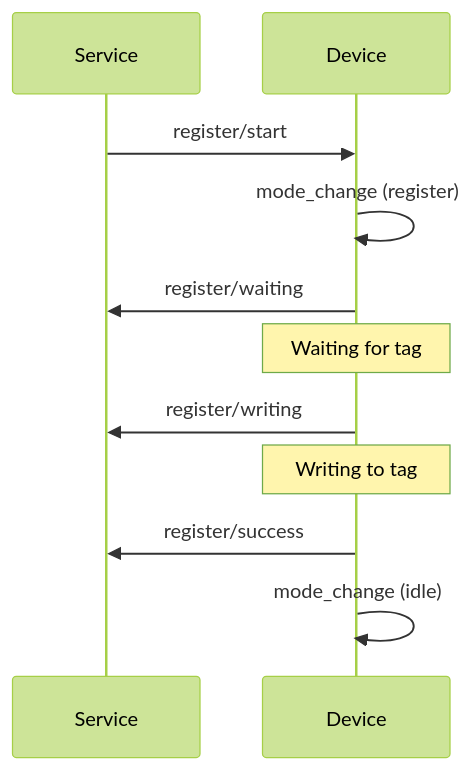
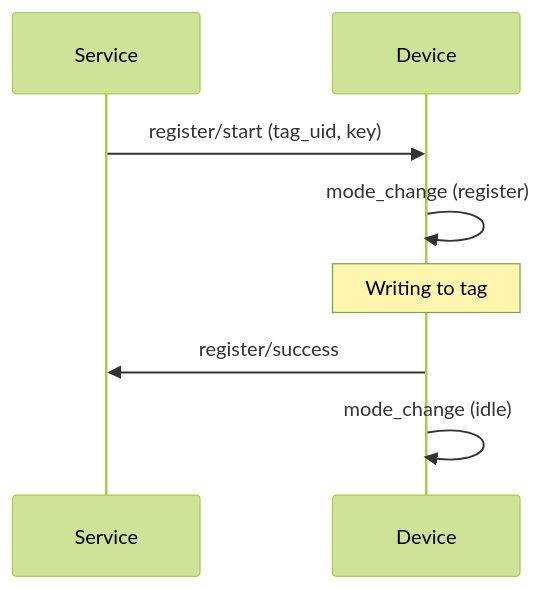
The first of 3 diagrams in MQTT_PROTOCOL_SPEC.md (LibreTap/mqtt-protocol), drawn with Mermaid (forest theme) before and after one commit. The commit also changed other lines of this file and 5 other files, not shown here.

Commit message:
refactor: remove waiting events from authentication, register and reading flows

````diff
--- a/MQTT_PROTOCOL_SPEC.md
+++ b/MQTT_PROTOCOL_SPEC.md
@@ -185,14 +185,11 @@
 ```mermaid
 sequenceDiagram
     participant Service
     participant Device
     
-    Service->>Device: register/start
+    Service->>Device: register/start (tag_uid, key)
     Device->>Device: mode_change (register)
-    Device->>Service: register/waiting
-    Note over Device: Waiting for tag
-    Device->>Service: register/writing
     Note over Device: Writing to tag
     Device->>Service: register/success
     Device->>Device: mode_change (idle)
 ```
````
